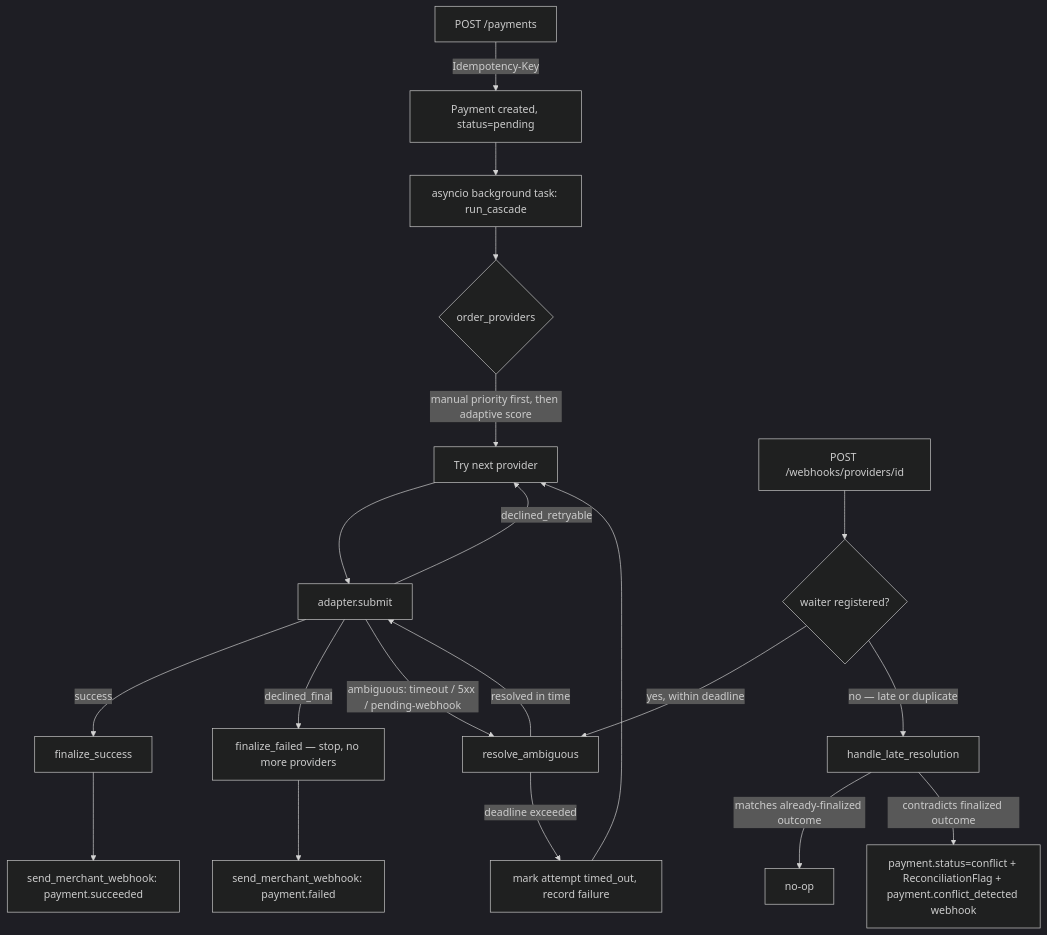
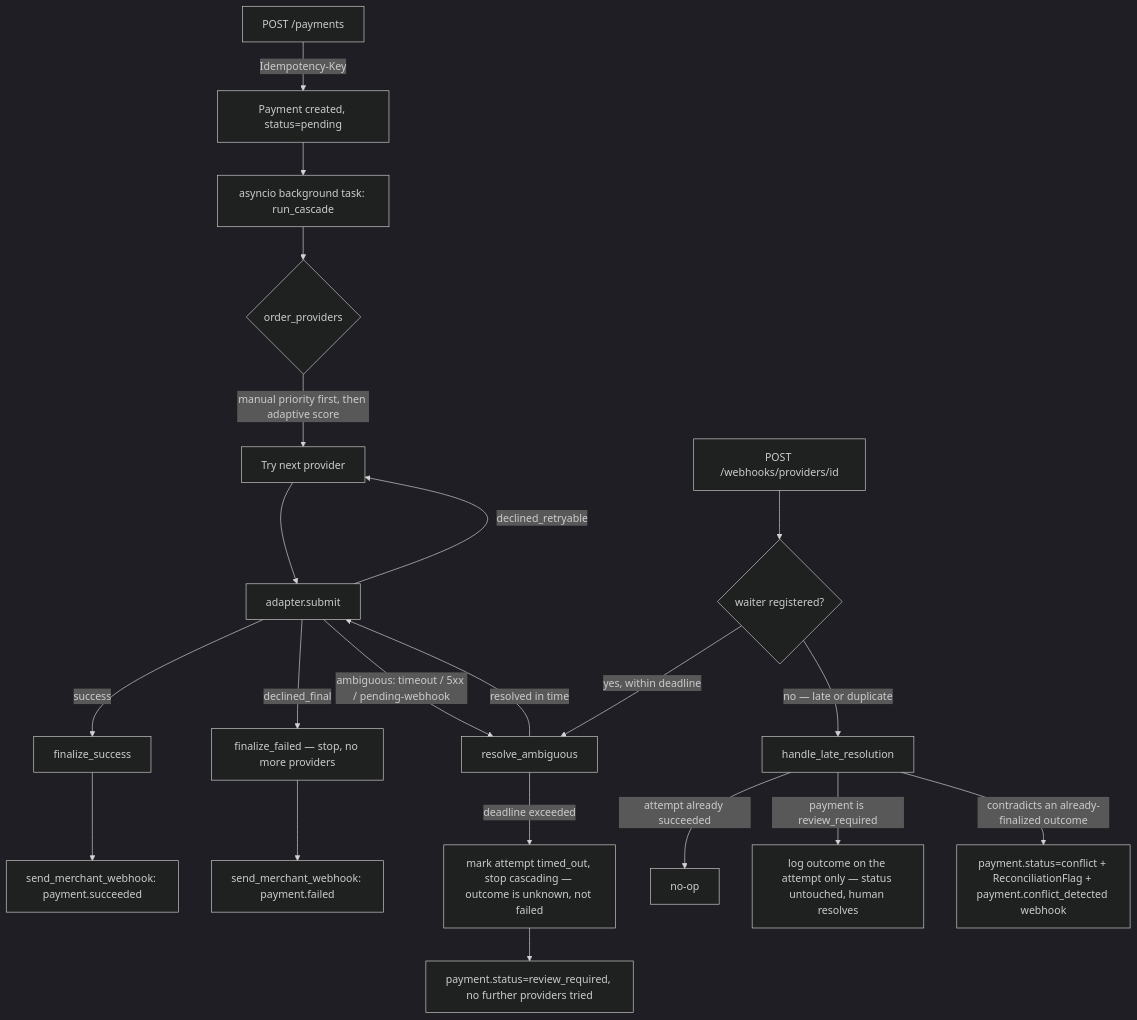
The diagram in README.md (Artemqas/cascading-lenkep), drawn with Mermaid (dark theme) before and after one commit. The commit also changed other lines of this file and 10 other files, not shown here.

````diff
--- a/README.md
+++ b/README.md
@@ -13,23 +13,24 @@
 ```mermaid
 flowchart TD
     A[POST /payments] -->|Idempotency-Key| B[Payment created, status=pending]
     B --> C[asyncio background task: run_cascade]
     C --> D{order_providers}
     D -->|manual priority first, then adaptive score| E[Try next provider]
     E --> F[adapter.submit]
     F -->|success| G[finalize_success]
     F -->|declined_final| H[finalize_failed — stop, no more providers]
     F -->|declined_retryable| E
     F -->|ambiguous: timeout / 5xx / pending-webhook| I[resolve_ambiguous]
     I -->|resolved in time| F
-    I -->|deadline exceeded| J[mark attempt timed_out, record failure]
-    J --> E
+    I -->|deadline exceeded| J[mark attempt timed_out, stop cascading — outcome is unknown, not failed]
+    J --> R[payment.status=review_required, no further providers tried]
     G --> K[send_merchant_webhook: payment.succeeded]
     H --> L[send_merchant_webhook: payment.failed]
 
     M[POST /webhooks/providers/id] --> N{waiter registered?}
     N -->|yes, within deadline| I
     N -->|no — late or duplicate| O[handle_late_resolution]
-    O -->|matches already-finalized outcome| P[no-op]
-    O -->|contradicts finalized outcome| Q[payment.status=conflict + ReconciliationFlag + payment.conflict_detected webhook]
+    O -->|attempt already succeeded| P[no-op]
+    O -->|payment is review_required| S[log outcome on the attempt only — status untouched, human resolves]
+    O -->|contradicts an already-finalized outcome| Q[payment.status=conflict + ReconciliationFlag + payment.conflict_detected webhook]
 ```
````
